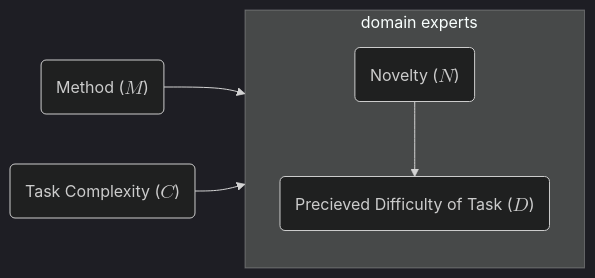
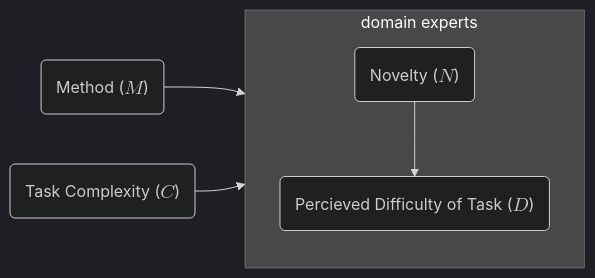
One commit to ExPLCause/explcause.github.io changed the third of 4 diagrams in src/posts/20250917_DSL_usability_reading_list.md. Above: the diagram before and after it, drawn with Mermaid (dark theme).

Commit message:
diagram typo; thanks to @lindsey@recurse.social for spotting it!

````diff
--- a/src/posts/20250917_DSL_usability_reading_list.md
+++ b/src/posts/20250917_DSL_usability_reading_list.md
@@ -52,13 +52,13 @@
 ```mermaid
 flowchart LR
   M("Method ($$M$$)")
   C("Task Complexity ($$C$$)")
   subgraph ppl [&nbsp;&nbsp;domain experts]
     direction TB
     N("Novelty ($$N$$)")
-    D("Precieved Difficulty of Task ($$D$$)")
+    D("Percieved Difficulty of Task ($$D$$)")
   end
   M --> D
   N --> D
   C --> D
 ```
````
